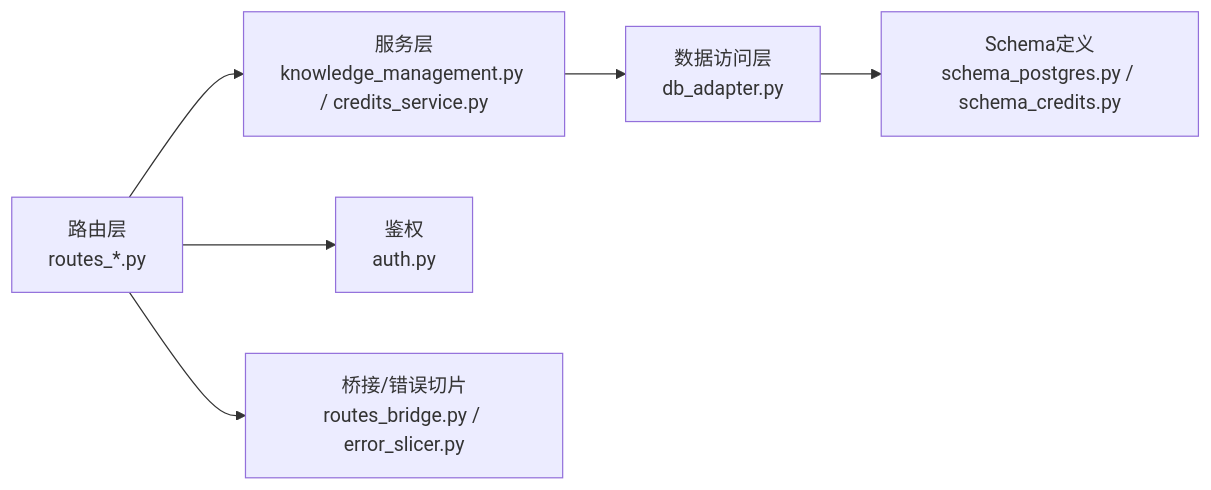
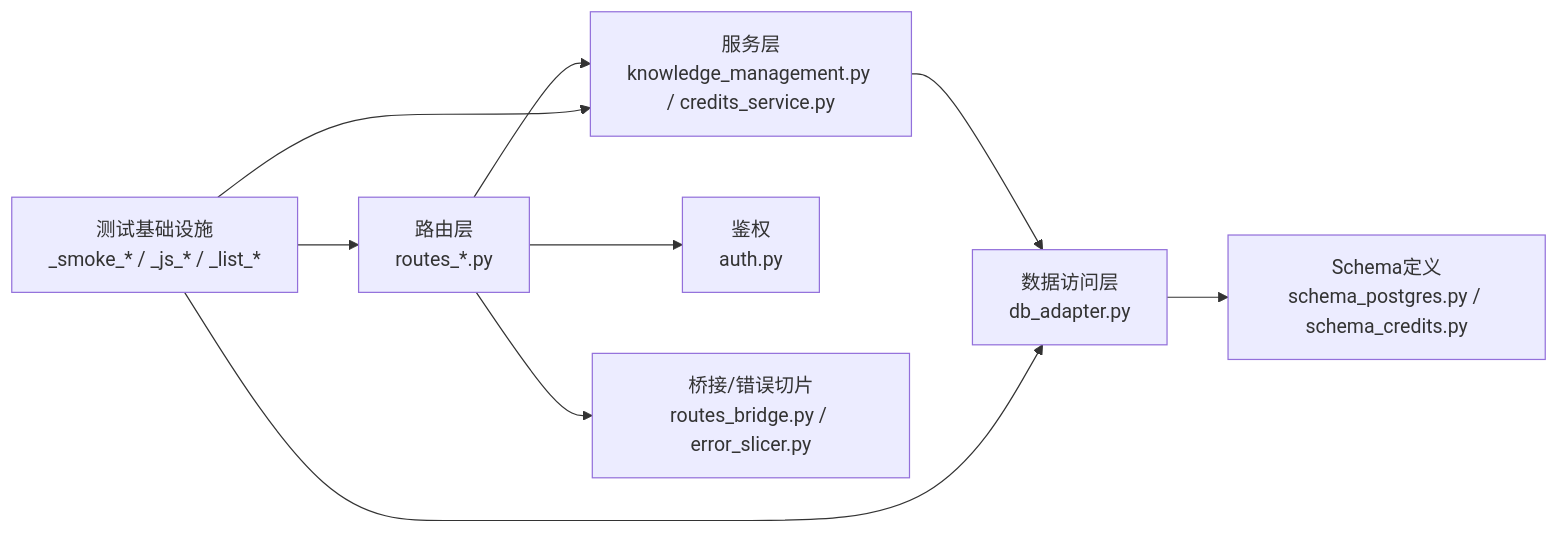
One commit to abokyoy/LectureLearnLoop changed diagram 11 of 11 in .qoder/repowiki/zh/content/测试指南.md. Above: the diagram before and after it, drawn with Mermaid. The commit also changed other lines of this file and 268 other files, not shown here.

````diff
--- a/.qoder/repowiki/zh/content/测试指南.md
+++ b/.qoder/repowiki/zh/content/测试指南.md
@@ -388,8 +510,11 @@
 ```mermaid
 graph LR
 Routes["路由层<br/>routes_*.py"] --> Services["服务层<br/>knowledge_management.py / credits_service.py"]
 Services --> DAL["数据访问层<br/>db_adapter.py"]
 DAL --> Schemas["Schema定义<br/>schema_postgres.py / schema_credits.py"]
 Routes --> Auth["鉴权<br/>auth.py"]
 Routes --> Bridge["桥接/错误切片<br/>routes_bridge.py / error_slicer.py"]
+TestInfra["测试基础设施<br/>_smoke_* / _js_* / _list_*"] --> Routes
+TestInfra --> Services
+TestInfra --> DAL
 ```
````
